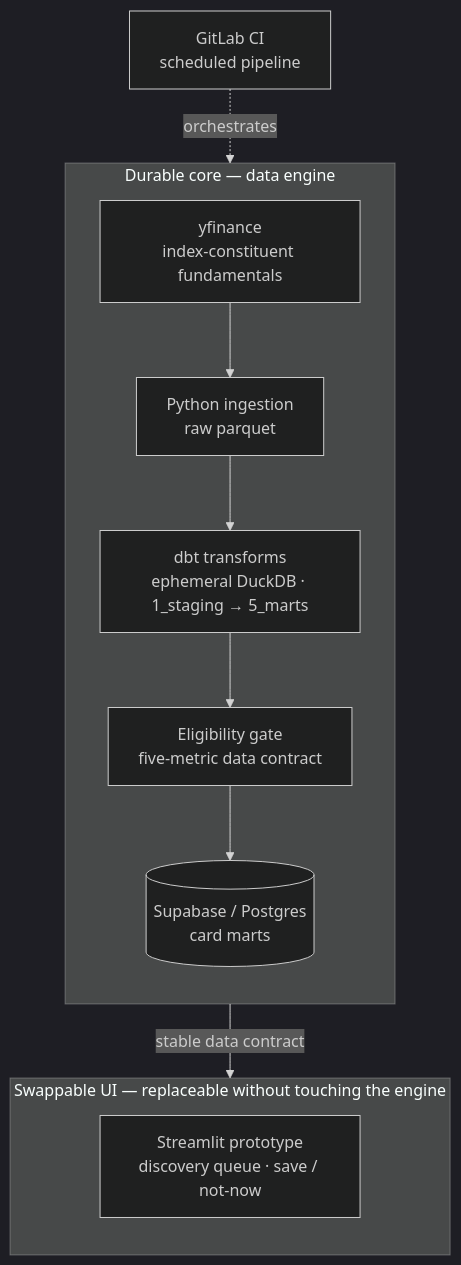
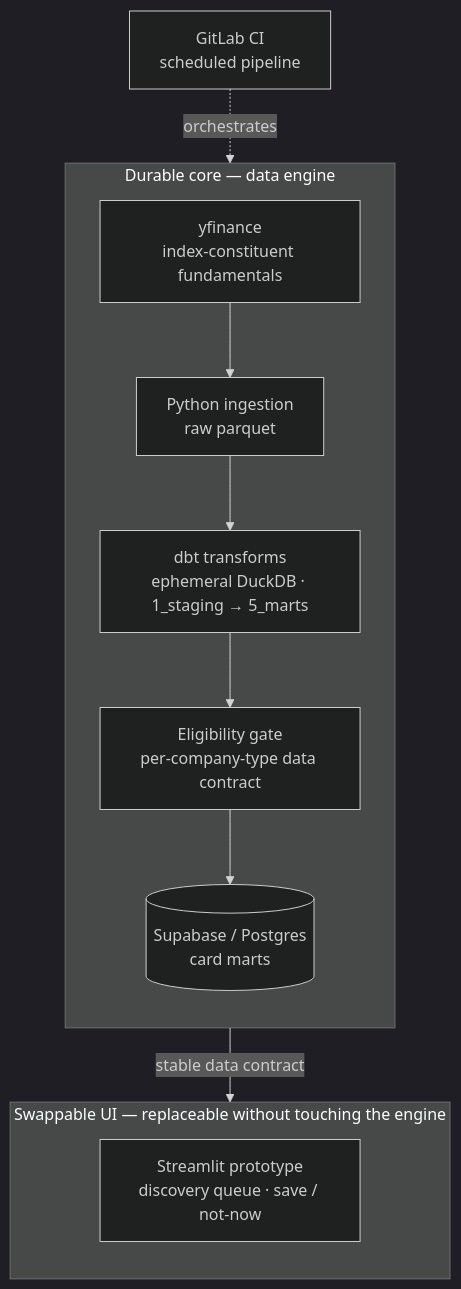
Before and after one commit to ramialfahham/stock-explorer-app: the diagram in README.md, drawn with Mermaid (dark theme). The commit also changed other lines of this file and 23 other files, not shown here.

````diff
--- a/README.md
+++ b/README.md
@@ -26,16 +26,16 @@
 ```mermaid
 flowchart TD
     subgraph core["Durable core — data engine"]
         direction TB
         A["yfinance<br/>index-constituent fundamentals"] --> B["Python ingestion<br/>raw parquet"]
         B --> C["dbt transforms<br/>ephemeral DuckDB · 1_staging → 5_marts"]
-        C --> D["Eligibility gate<br/>five-metric data contract"]
+        C --> D["Eligibility gate<br/>per-company-type data contract"]
         D --> E[("Supabase / Postgres<br/>card marts")]
     end
     E -->|"stable data contract"| F
     subgraph ui["Swappable UI — replaceable without touching the engine"]
         direction TB
         F["Streamlit prototype<br/>discovery queue · save / not-now"]
     end
     G["GitLab CI<br/>scheduled pipeline"] -.orchestrates.-> core
 ```
````
